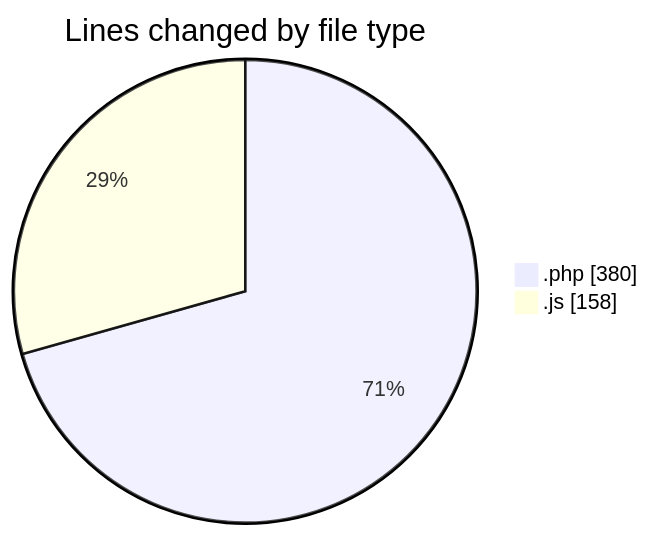
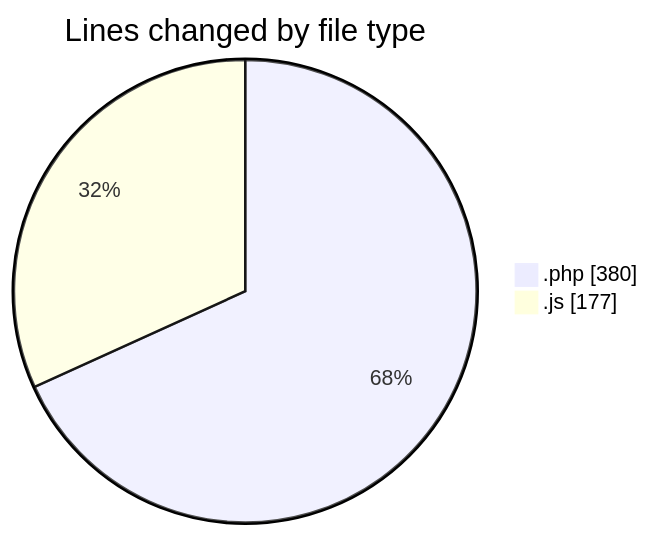
Before and after one commit to LanceThiago/code-tracking: the first of 2 diagrams in 2025-03-26/kml/README.md, drawn with Mermaid. The commit also changed other lines of this file and 1 other file, not shown here.

````diff
--- a/2025-03-26/kml/README.md
+++ b/2025-03-26/kml/README.md
@@ -23,6 +23,6 @@
 ```mermaid
 pie showData
 title Lines changed by file type
 ".php" : 380
-".js" : 158
+".js" : 177
 ```
````
